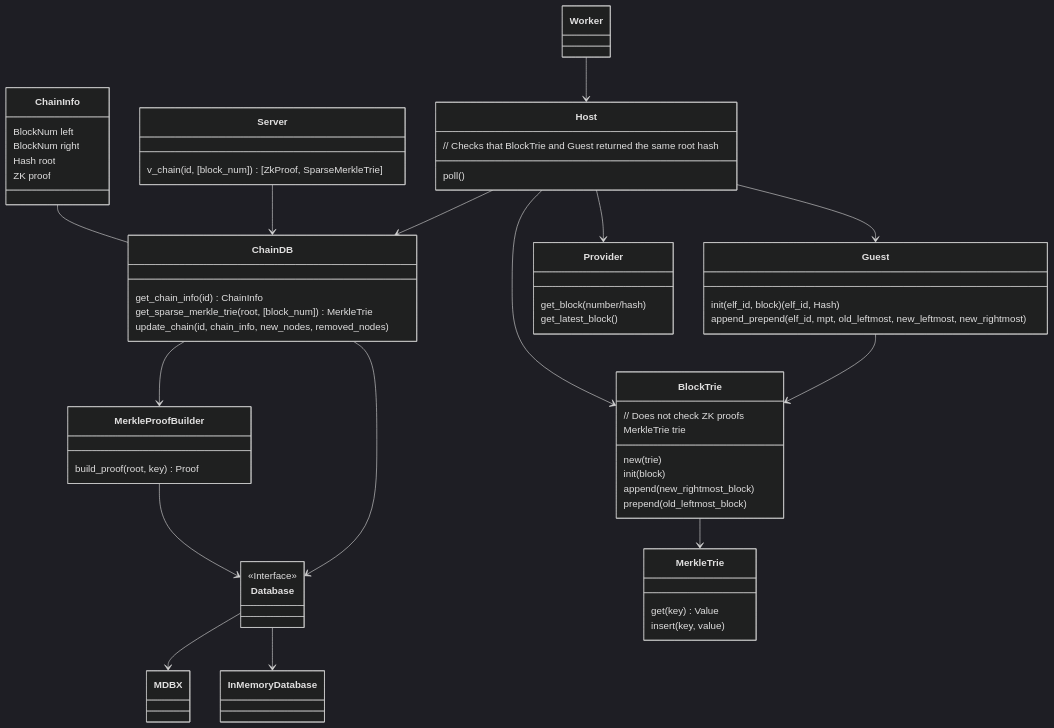
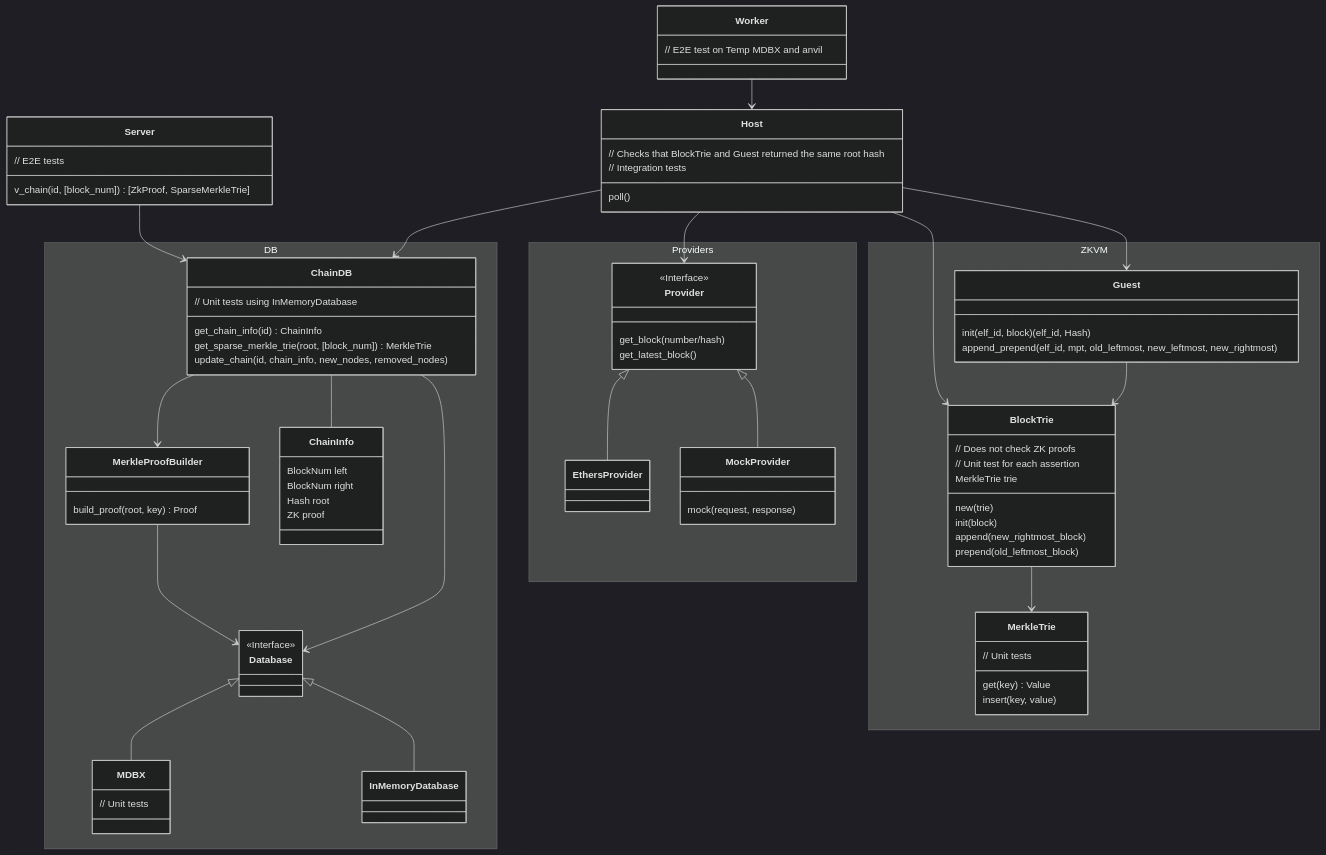
The diagram in book/src/appendix/architecture/block_proof/coherence.md (vlayer-xyz/vlayer), drawn with Mermaid before and after one commit. The commit also changed 13 other files, not shown here.

First line of the commit message:
Improve chain diagram & rename Engine to BlockTrie (#817)

````diff
--- a/book/src/appendix/architecture/block_proof/coherence.md
+++ b/book/src/appendix/architecture/block_proof/coherence.md
@@ -166,67 +166,99 @@
 ```mermaid
 %%{init: {'theme':'dark'}}%%
 classDiagram
-    class MDBX
-    class InMemoryDatabase
-    class Database {
-        <<Interface>>
+    namespace DB {
+        class MDBX {
+          // Unit tests
+        }
+
+        class InMemoryDatabase {
+        }
+
+        class Database {
+            <<Interface>>
+        }
+
+      class MerkleProofBuilder {
+        build_proof(root, key) Proof
+      }
+
+      class ChainDB {
+          // Unit tests using InMemoryDatabase
+          get_chain_info(id) ChainInfo
+          get_sparse_merkle_trie(root, [block_num]) MerkleTrie
+          update_chain(id, chain_info, new_nodes, removed_nodes)
+      }
+
+      class ChainInfo {
+        BlockNum left
+        BlockNum right
+        Hash root
+        ZK proof
+      }
     }
 
-    class ChainDB {
-        get_chain_info(id) ChainInfo
-        get_sparse_merkle_trie(root, [block_num]) MerkleTrie
-        update_chain(id, chain_info, new_nodes, removed_nodes)
-    }
+    namespace ZKVM {
+      class MerkleTrie {
+          // Unit tests
+          get(key) Value
+          insert(key, value)
+      }
 
-    class MerkleTrie {
-        get(key) Value
-        insert(key, value)
-    }
+      class BlockTrie {
+          // Does not check ZK proofs
+          // Unit test for each assertion
+          MerkleTrie trie
 
-    class BlockTrie {
-        // Does not check ZK proofs
-        MerkleTrie trie
+          new(trie)
+          init(block)
+          append(new_rightmost_block)
+          prepend(old_leftmost_block)
+      }
 
-        new(trie)
-        init(block)
-        append(new_rightmost_block)
-        prepend(old_leftmost_block)
-    }
-
-    class Guest {
-        init(elf_id, block) (elf_id, Hash)
-        append_prepend(elf_id, mpt, old_leftmost, new_leftmost, new_rightmost)
+      class Guest {
+          init(elf_id, block) (elf_id, Hash)
+          append_prepend(elf_id, mpt, old_leftmost, new_leftmost, new_rightmost)
+      }
     }
 
     class Host {
         // Checks that BlockTrie and Guest returned the same root hash
+        // Integration tests
         poll()
     }
 
     class Server {
+        // E2E tests
         v_chain(id, [block_num]) [ZkProof, SparseMerkleTrie]
     }
 
-    class ChainInfo {
-      BlockNum left
-      BlockNum right
-      Hash root
-      ZK proof
+    namespace Providers {
+      class Provider {
+        <<Interface>>
+        get_block(number/hash)
+        get_latest_block()
+      }
+
+      class EthersProvider {
+      }
+
+      class MockProvider {
+        mock(request, response)
+      }
     }
 
-    class MerkleProofBuilder {
-      build_proof(root, key) Proof
+    Provider <|-- EthersProvider
+    Provider <|-- MockProvider
+
+    class Worker {
+      // E2E test on Temp MDBX and anvil
     }
 
-    class Provider {
-      get_block(number/hash)
-      get_latest_block()
-    }
-
-    Database --> MDBX
-    Database --> InMemoryDatabase
+    Database <|-- MDBX
+    Database <|-- InMemoryDatabase
     ChainDB --> Database
     ChainDB --> MerkleProofBuilder
+    ChainDB -- ChainInfo
     MerkleProofBuilder --> Database
     Worker --> Host
     Host --> ChainDB
@@ -236,5 +268,5 @@
     BlockTrie --> MerkleTrie
     Guest --> BlockTrie
     Host --> BlockTrie
-    ChainInfo -- ChainDB
+    
 ```
````
